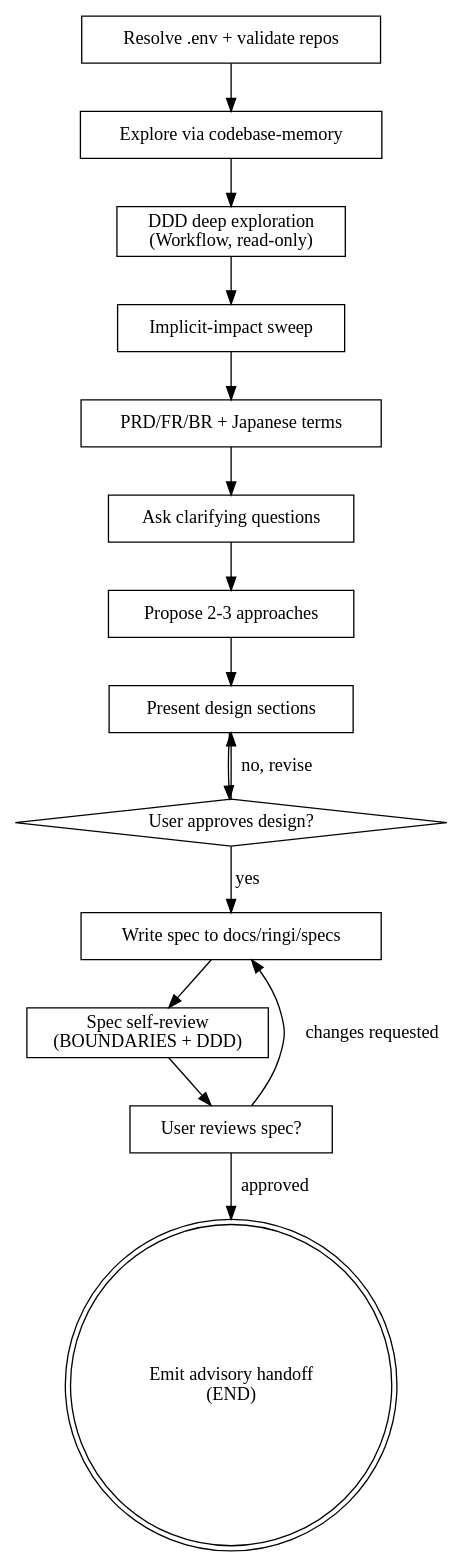
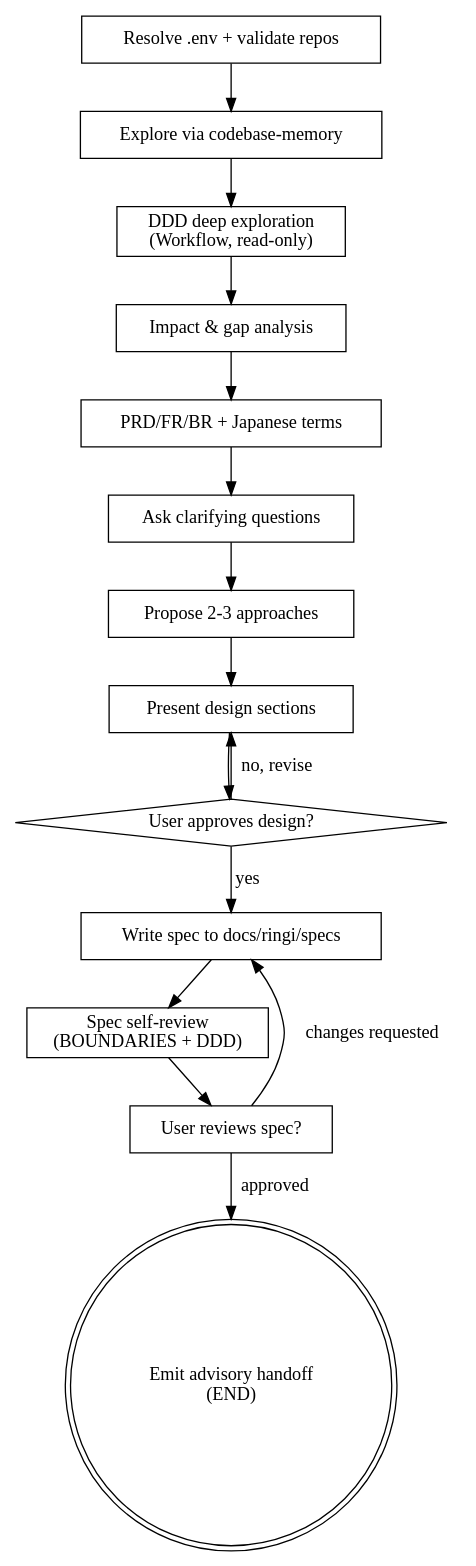
The diagram in .agents/skills/brainstorming/SKILL.md (neuthos/ldx-monorepo), drawn with Graphviz before and after one commit. The commit also changed other lines of this file and 1 other file, not shown here.

Commit message:
refactor(brainstorming): rename to standard BA terms — Impact & Gap Analysis

````diff
--- a/.agents/skills/brainstorming/SKILL.md
+++ b/.agents/skills/brainstorming/SKILL.md
@@ -74,32 +74,32 @@
 ```dot
 digraph brainstorming {
     "Resolve .env + validate repos" [shape=box];
     "Explore via codebase-memory" [shape=box];
     "DDD deep exploration\n(Workflow, read-only)" [shape=box];
-    "Implicit-impact sweep" [shape=box];
+    "Impact & gap analysis" [shape=box];
     "PRD/FR/BR + Japanese terms" [shape=box];
     "Ask clarifying questions" [shape=box];
     "Propose 2-3 approaches" [shape=box];
     "Present design sections" [shape=box];
     "User approves design?" [shape=diamond];
     "Write spec to docs/ringi/specs" [shape=box];
     "Spec self-review\n(BOUNDARIES + DDD)" [shape=box];
     "User reviews spec?" [shape=box];
     "Emit advisory handoff\n(END)" [shape=doublecircle];
 
     "Resolve .env + validate repos" -> "Explore via codebase-memory";
     "Explore via codebase-memory" -> "DDD deep exploration\n(Workflow, read-only)";
-    "DDD deep exploration\n(Workflow, read-only)" -> "Implicit-impact sweep";
-    "Implicit-impact sweep" -> "PRD/FR/BR + Japanese terms";
+    "DDD deep exploration\n(Workflow, read-only)" -> "Impact & gap analysis";
+    "Impact & gap analysis" -> "PRD/FR/BR + Japanese terms";
     "PRD/FR/BR + Japanese terms" -> "Ask clarifying questions";
     "Ask clarifying questions" -> "Propose 2-3 approaches";
     "Propose 2-3 approaches" -> "Present design sections";
     "Present design sections" -> "User approves design?";
     "User approves design?" -> "Present design sections" [label="no, revise"];
     "User approves design?" -> "Write spec to docs/ringi/specs" [label="yes"];
     "Write spec to docs/ringi/specs" -> "Spec self-review\n(BOUNDARIES + DDD)";
     "Spec self-review\n(BOUNDARIES + DDD)" -> "User reviews spec?";
     "User reviews spec?" -> "Write spec to docs/ringi/specs" [label="changes requested"];
     "User reviews spec?" -> "Emit advisory handoff\n(END)" [label="approved"];
 }
 ```
````
